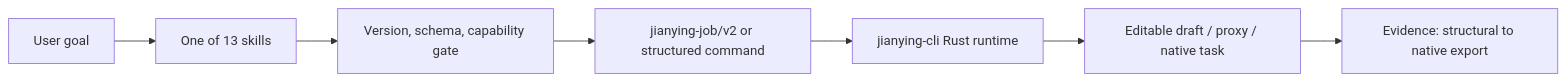
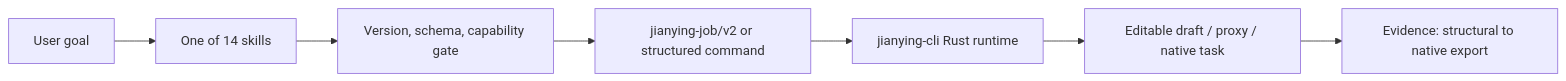
Before and after one commit to full-aigc-skills/jianying-skills: the diagram in README.md, drawn with Mermaid. The commit also changed other lines of this file and 134 other files, not shown here.

````diff
--- a/README.md
+++ b/README.md
@@ -13,9 +16,9 @@
 ```mermaid
 flowchart LR
-    U[User goal] --> S[One of 13 skills]
+    U[User goal] --> S[One of 14 skills]
     S --> G[Version, schema, capability gate]
     G --> J[jianying-job/v2 or structured command]
     J --> R[jianying-cli Rust runtime]
     R --> D[Editable draft / proxy / native task]
     D --> E[Evidence: structural to native export]
 ```
````
